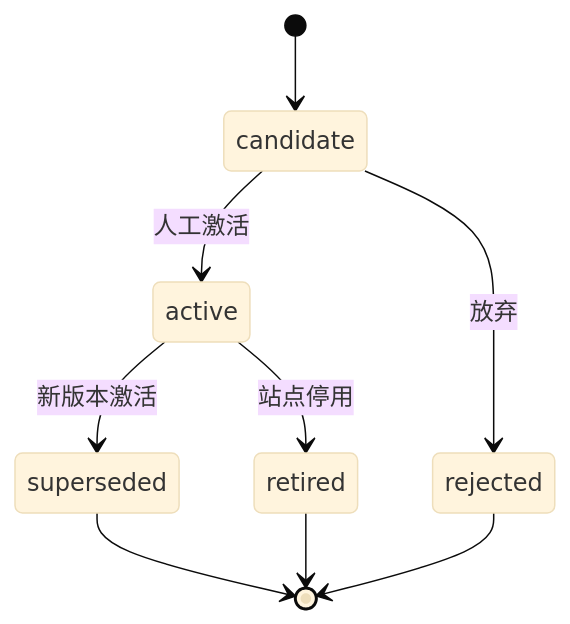
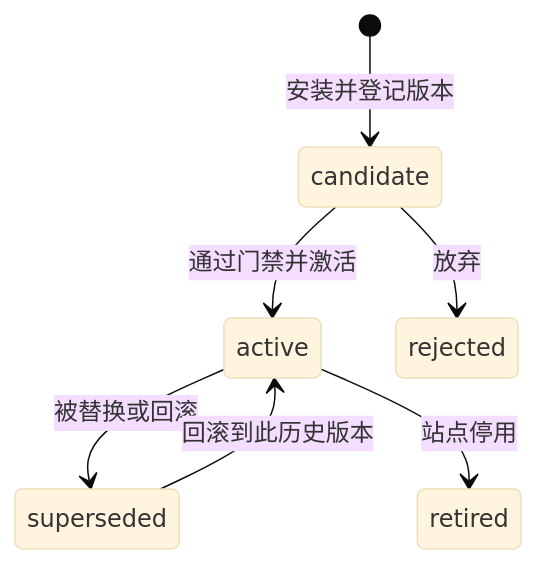
Before and after one commit to xuchaoxin1375/ai-ecom-crawler: the second of 3 diagrams in docs/34-规则修复与异常工作流.md, drawn with Mermaid (base theme). The commit also changed other lines of this file and 17 other files, not shown here.

````diff
--- a/docs/34-规则修复与异常工作流.md
+++ b/docs/34-规则修复与异常工作流.md
@@ -89,11 +87,9 @@
 ```mermaid
 stateDiagram-v2
-    [*] --> candidate
-    candidate --> active: 人工激活
+    [*] --> candidate: 安装并登记版本
+    candidate --> active: 通过门禁并激活
     candidate --> rejected: 放弃
-    active --> superseded: 新版本激活
+    active --> superseded: 被替换或回滚
+    superseded --> active: 回滚到此历史版本
     active --> retired: 站点停用
-    superseded --> [*]
-    rejected --> [*]
-    retired --> [*]
 ```
````
